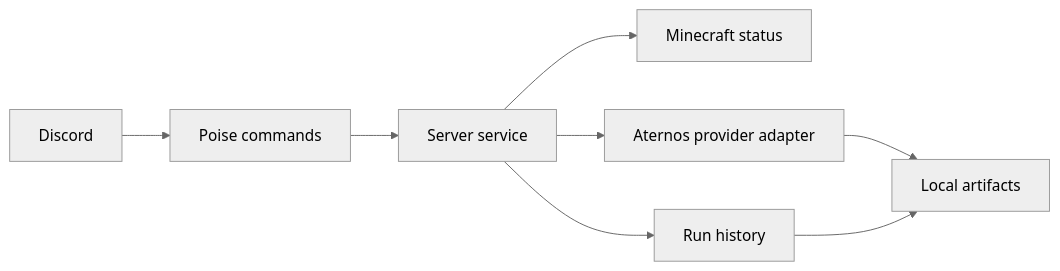
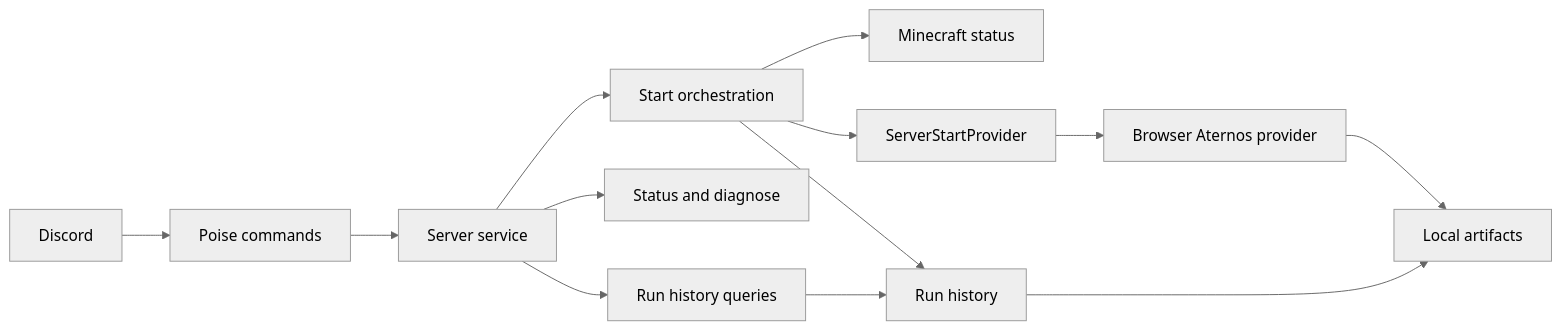
The diagram in README.md (germagla/butler_rs), drawn with Mermaid (neutral theme) before and after one commit. The commit also changed other lines of this file and 24 other files, not shown here.

````diff
--- a/README.md
+++ b/README.md
@@ -23,18 +38,27 @@
 ```mermaid
 flowchart LR
     Discord["Discord"]
     Poise["Poise commands"]
     Service["Server service"]
+    Start["Start orchestration"]
+    Status["Status and diagnose"]
+    Queries["Run history queries"]
     Minecraft["Minecraft status"]
-    Provider["Aternos provider adapter"]
+    Provider["ServerStartProvider"]
+    Aternos["Browser Aternos provider"]
     History["Run history"]
     Artifacts["Local artifacts"]
 
     Discord --> Poise
     Poise --> Service
-    Service --> Minecraft
-    Service --> Provider
-    Service --> History
-    Provider --> Artifacts
+    Service --> Start
+    Service --> Status
+    Service --> Queries
+    Start --> Minecraft
+    Start --> Provider
+    Provider --> Aternos
+    Aternos --> Artifacts
+    Start --> History
+    Queries --> History
     History --> Artifacts
 ```
````
